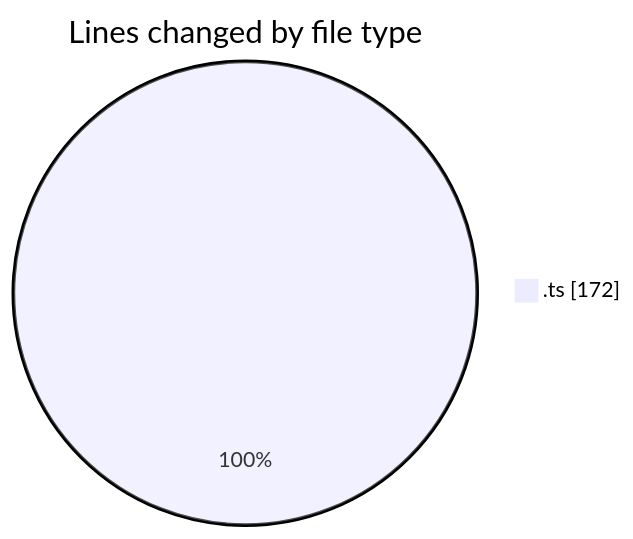
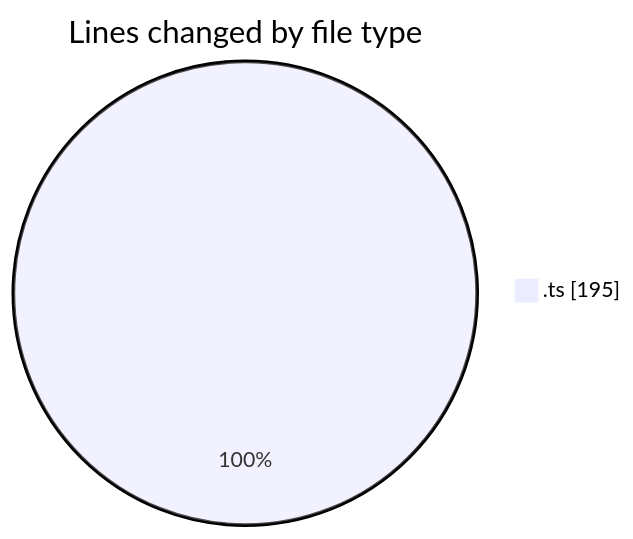
One commit to momahboobian/code-tracking changed the first of 2 diagrams in 2025-08-07/cda/README.md. Above: the diagram before and after it, drawn with Mermaid. The commit also changed other lines of this file and 1 other file, not shown here.

````diff
--- a/2025-08-07/cda/README.md
+++ b/2025-08-07/cda/README.md
@@ -20,5 +20,5 @@
 ```mermaid
 pie showData
 title Lines changed by file type
-".ts" : 172
+".ts" : 195
 ```
````
